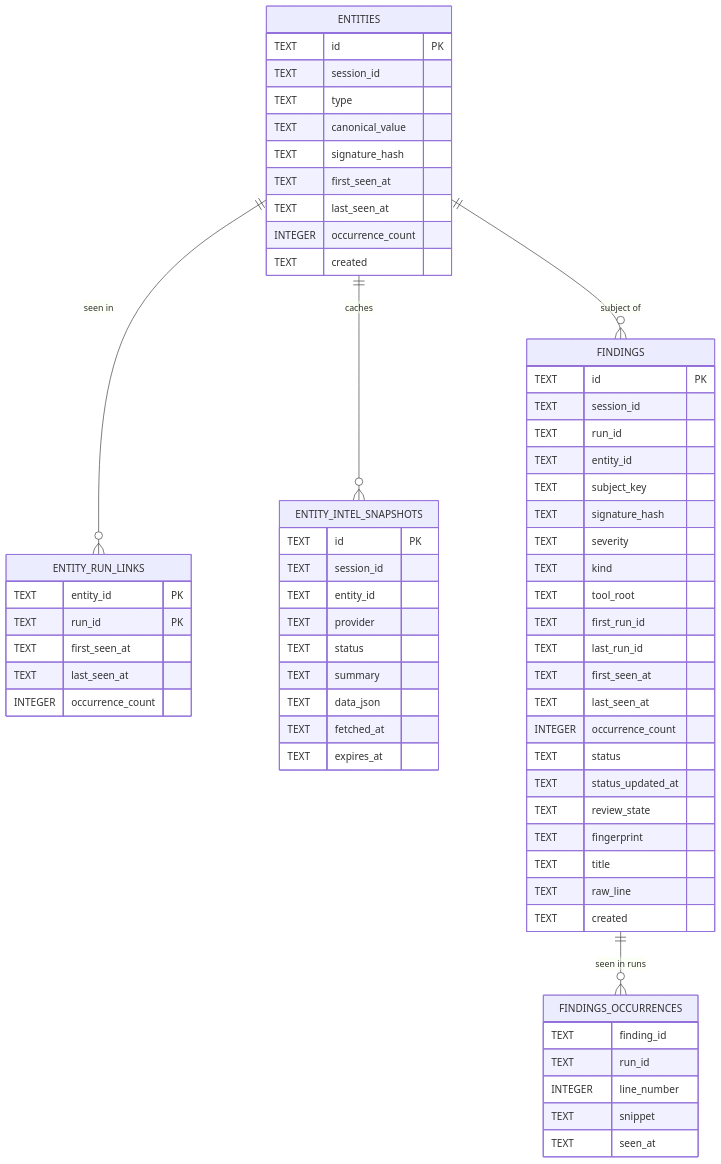
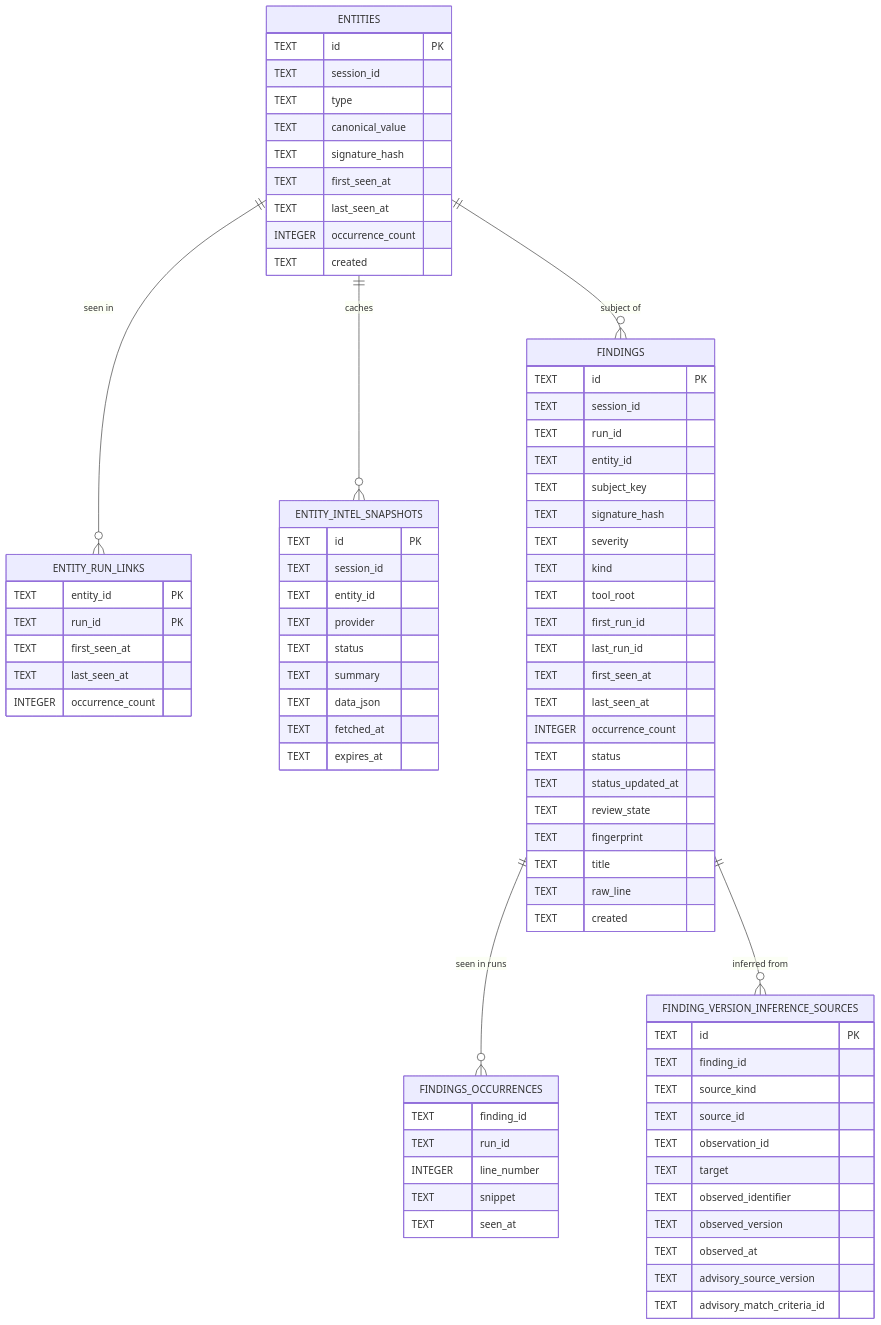
Before and after one commit to darklab-sh/darklab-shell: the eighth of 10 diagrams in ARCHITECTURE.md, drawn with Mermaid. The commit also changed other lines of this file and 13 other files, not shown here.

Commit message:
Project Assessment Workspace: Persist version inference provenance

````diff
--- a/ARCHITECTURE.md
+++ b/ARCHITECTURE.md
@@ -1724,66 +1726,80 @@
 ```mermaid
 erDiagram
   ENTITIES {
     TEXT id PK
     TEXT session_id
     TEXT type
     TEXT canonical_value
     TEXT signature_hash
     TEXT first_seen_at
     TEXT last_seen_at
     INTEGER occurrence_count
     TEXT created
   }
   ENTITY_RUN_LINKS {
     TEXT entity_id PK
     TEXT run_id PK
     TEXT first_seen_at
     TEXT last_seen_at
     INTEGER occurrence_count
   }
   ENTITY_INTEL_SNAPSHOTS {
     TEXT id PK
     TEXT session_id
     TEXT entity_id
     TEXT provider
     TEXT status
     TEXT summary
     TEXT data_json
     TEXT fetched_at
     TEXT expires_at
   }
   FINDINGS {
     TEXT id PK
     TEXT session_id
     TEXT run_id
     TEXT entity_id
     TEXT subject_key
     TEXT signature_hash
     TEXT severity
     TEXT kind
     TEXT tool_root
     TEXT first_run_id
     TEXT last_run_id
     TEXT first_seen_at
     TEXT last_seen_at
     INTEGER occurrence_count
     TEXT status
     TEXT status_updated_at
     TEXT review_state
     TEXT fingerprint
     TEXT title
     TEXT raw_line
     TEXT created
   }
   FINDINGS_OCCURRENCES {
     TEXT finding_id
     TEXT run_id
     INTEGER line_number
     TEXT snippet
     TEXT seen_at
   }
+  FINDING_VERSION_INFERENCE_SOURCES {
+    TEXT id PK
+    TEXT finding_id
+    TEXT source_kind
+    TEXT source_id
+    TEXT observation_id
+    TEXT target
+    TEXT observed_identifier
+    TEXT observed_version
+    TEXT observed_at
+    TEXT advisory_source_version
+    TEXT advisory_match_criteria_id
+  }
   ENTITIES ||--o{ ENTITY_RUN_LINKS : "seen in"
   ENTITIES ||--o{ ENTITY_INTEL_SNAPSHOTS : "caches"
   ENTITIES ||--o{ FINDINGS : "subject of"
   FINDINGS ||--o{ FINDINGS_OCCURRENCES : "seen in runs"
+  FINDINGS ||--o{ FINDING_VERSION_INFERENCE_SOURCES : "inferred from"
 ```
````
